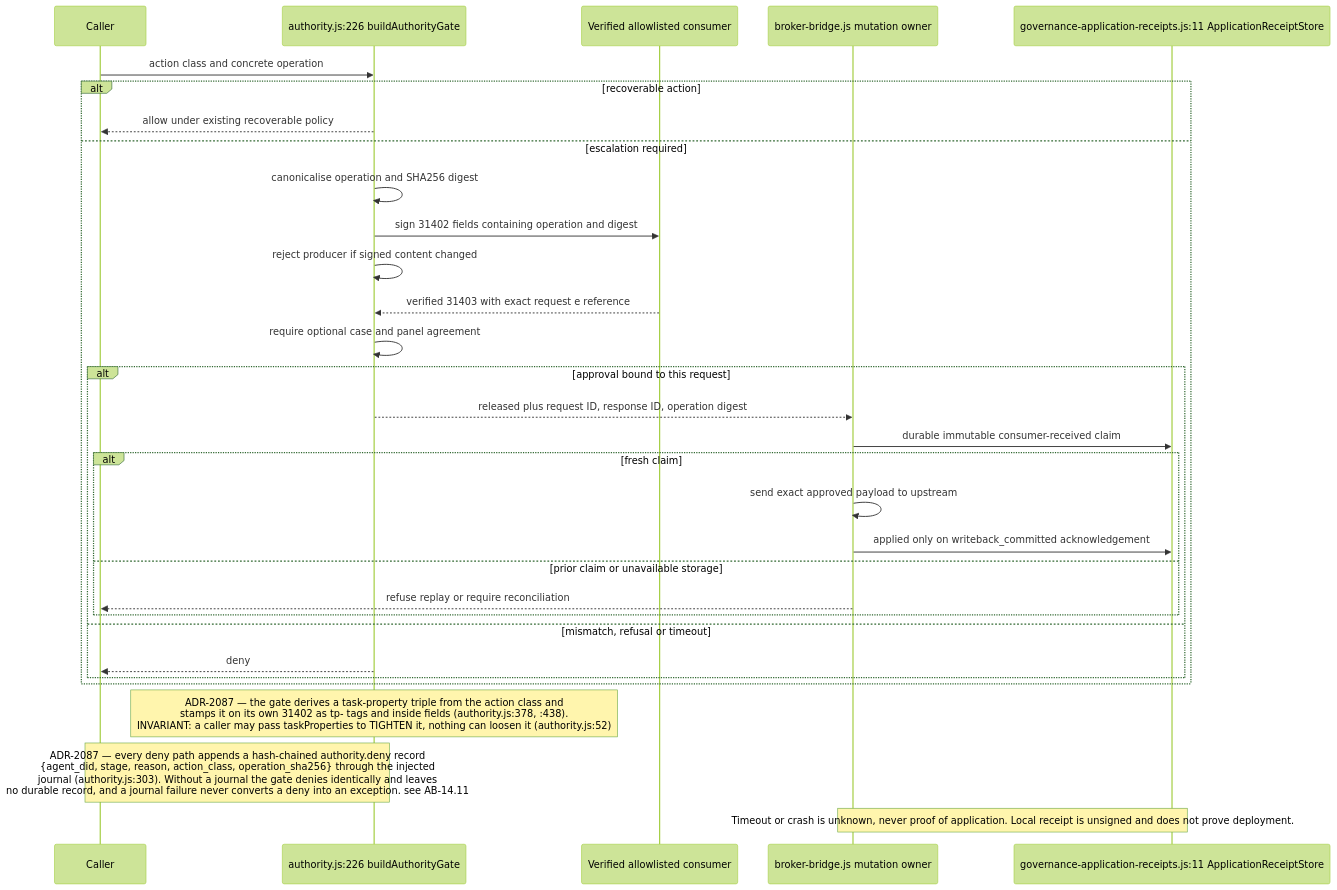
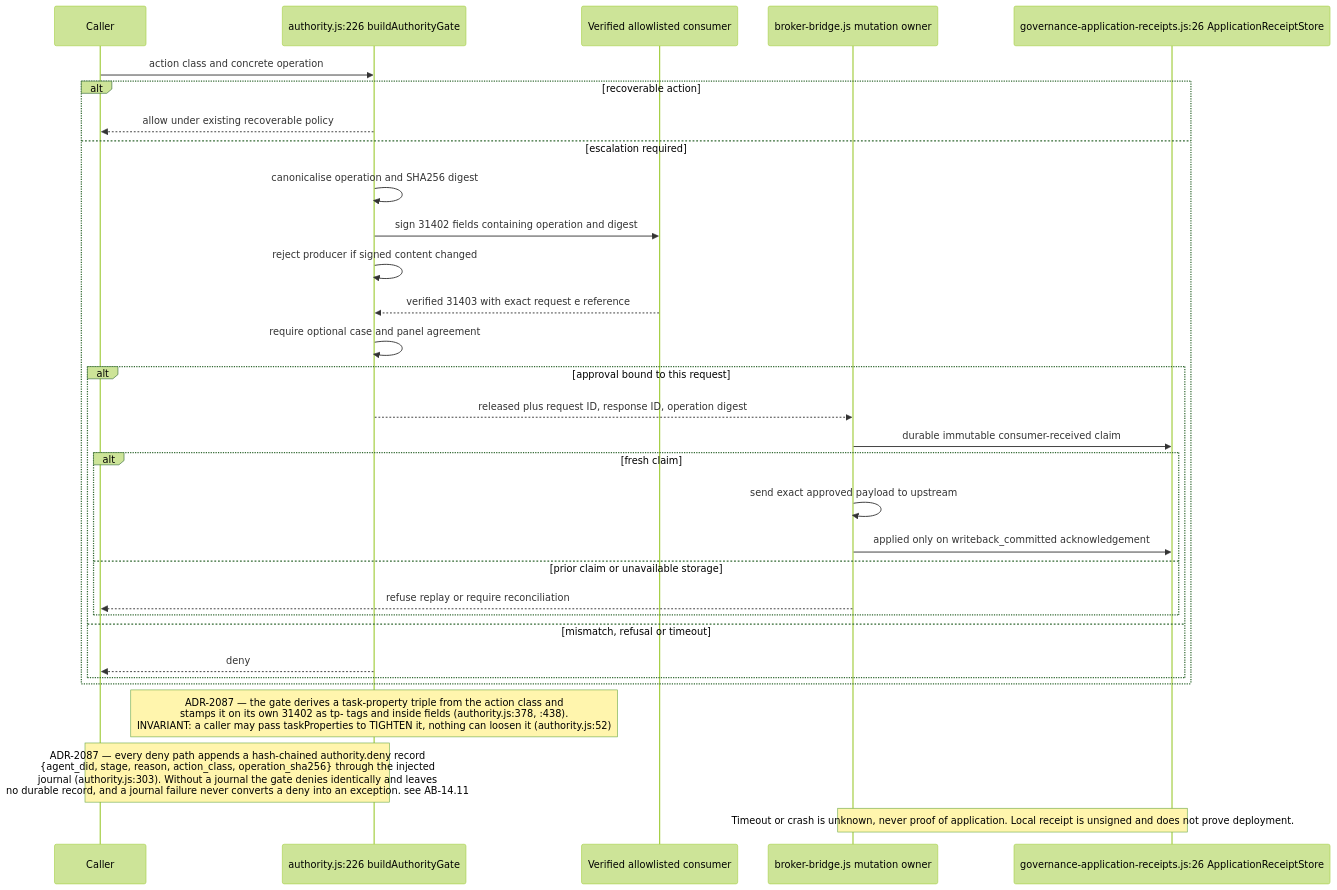
The tenth of 16 diagrams in docs/diagrams/agentbox/11-identity-did-mandate-authority.md (DreamLab-AI/VisionFlow), drawn with Mermaid (forest theme) before and after one commit. The commit also changed other lines of this file and 136 other files, not shown here.

First line of the commit message:
docs(diagrams): refresh the whole corpus to code HEAD and prune low-value diagrams

````diff
--- a/docs/diagrams/agentbox/11-identity-did-mandate-authority.md
+++ b/docs/diagrams/agentbox/11-identity-did-mandate-authority.md
@@ -411,33 +411,33 @@
 ```mermaid
 sequenceDiagram
     participant Caller
     participant Gate as authority.js:226 buildAuthorityGate
     participant Forum as Verified allowlisted consumer
     participant Owner as broker-bridge.js mutation owner
-    participant Journal as governance-application-receipts.js:11 ApplicationReceiptStore
+    participant Journal as governance-application-receipts.js:26 ApplicationReceiptStore
     Caller->>Gate: action class and concrete operation
     alt recoverable action
         Gate-->>Caller: allow under existing recoverable policy
     else escalation required
         Gate->>Gate: canonicalise operation and SHA256 digest
         Gate->>Forum: sign 31402 fields containing operation and digest
         Gate->>Gate: reject producer if signed content changed
         Forum-->>Gate: verified 31403 with exact request e reference
         Gate->>Gate: require optional case and panel agreement
         alt approval bound to this request
             Gate-->>Owner: released plus request ID, response ID, operation digest
             Owner->>Journal: durable immutable consumer-received claim
             alt fresh claim
                 Owner->>Owner: send exact approved payload to upstream
                 Owner->>Journal: applied only on writeback_committed acknowledgement
             else prior claim or unavailable storage
                 Owner-->>Caller: refuse replay or require reconciliation
             end
         else mismatch, refusal or timeout
             Gate-->>Caller: deny
         end
     end
     Note over Gate: ADR-2087 — the gate derives a task-property triple from the action class and<br/>stamps it on its own 31402 as tp- tags and inside fields (authority.js:378, :438).<br/>INVARIANT: a caller may pass taskProperties to TIGHTEN it, nothing can loosen it (authority.js:52)
     Note over Gate,Caller: ADR-2087 — every deny path appends a hash-chained authority.deny record<br/>{agent_did, stage, reason, action_class, operation_sha256} through the injected<br/>journal (authority.js:303). Without a journal the gate denies identically and leaves<br/>no durable record, and a journal failure never converts a deny into an exception. see AB-14.11
     Note over Owner,Journal: Timeout or crash is unknown, never proof of application. Local receipt is unsigned and does not prove deployment.
 ```
````
